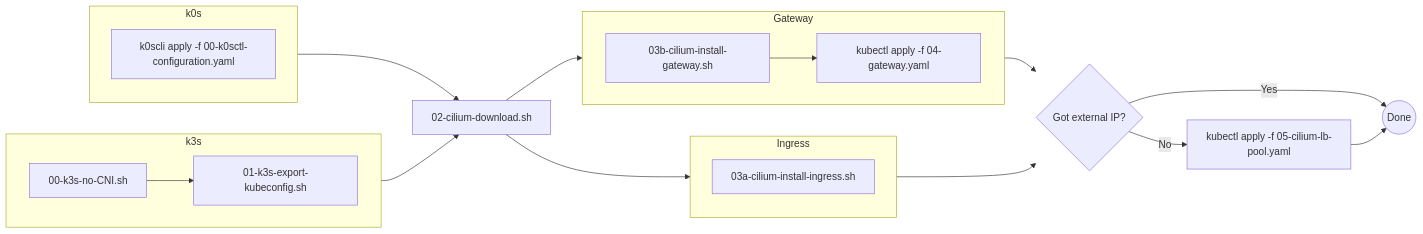
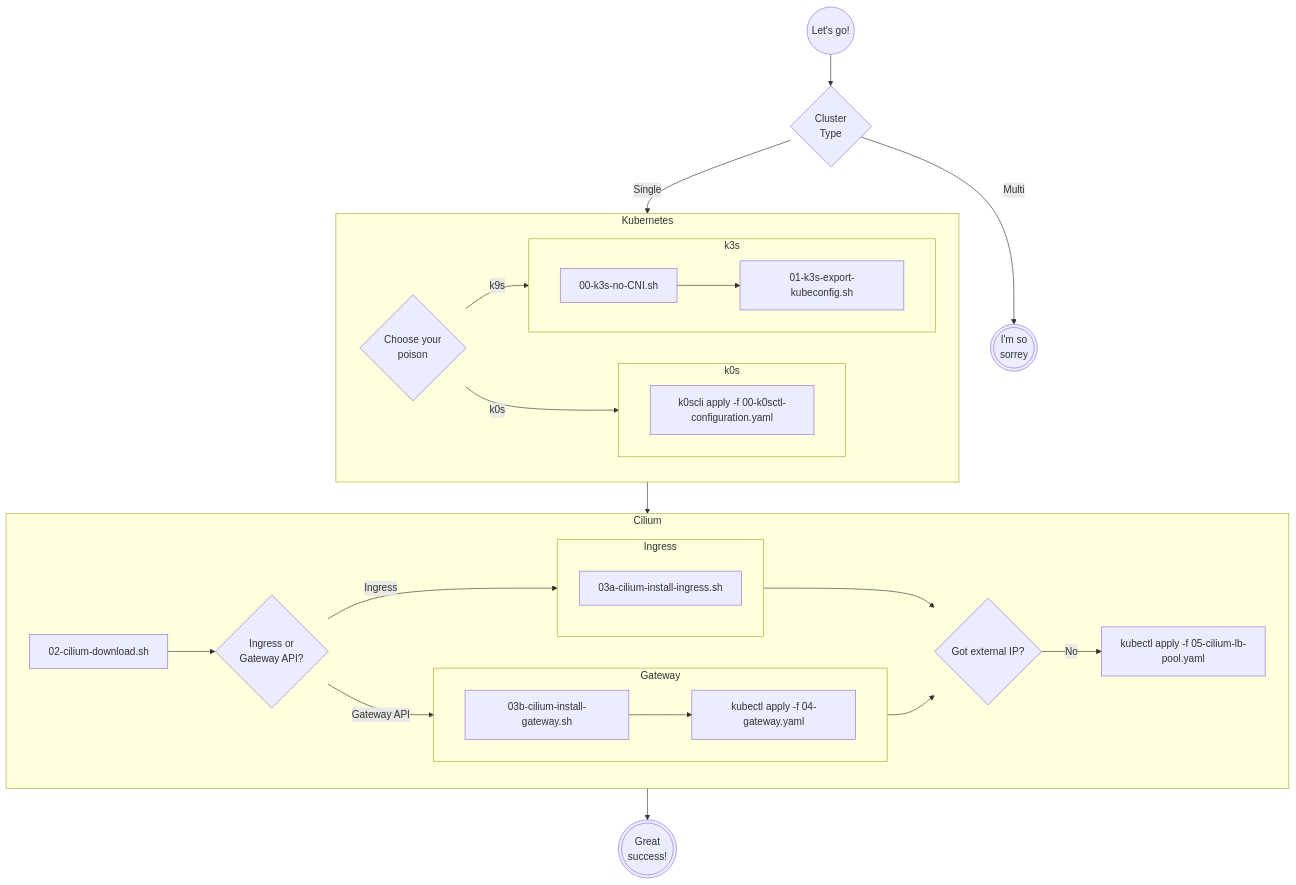
One commit to manfredbjorlin/kubernetes-setup changed the diagram in README.md. Above: the diagram before and after it, drawn with Mermaid. The commit also changed other lines of this file, not shown here.

````diff
--- a/README.md
+++ b/README.md
@@ -35,34 +35,51 @@
 ```mermaid
-flowchart LR
-subgraph A[k0s]
-  B[k0scli apply -f 00-k0sctl-configuration.yaml]
+flowchart TB
+LG((Let's go!))
+CT{Cluster<br>Type}
+LG-->CT
+Sorrey(((I'm so<br>sorrey)))
+CT-->|Single|Kubernetes
+CT-->|Multi|Sorrey
+subgraph Kubernetes
+  direction LR
+  Z{Choose your<br>poison}
+  Z-->|k0s|A
+  Z-->|k9s|C
+  subgraph A[k0s]
+    direction LR
+    B[k0scli apply -f 00-k0sctl-configuration.yaml]
+  end
+  subgraph C[k3s]
+    direction LR
+    D[00-k3s-no-CNI.sh]
+    E[01-k3s-export-kubeconfig.sh]
+    D-->E
+  end
 end
-subgraph C[k3s]
+subgraph X[Cilium]
   direction LR
-  D[00-k3s-no-CNI.sh]
-  E[01-k3s-export-kubeconfig.sh]
-  D-->E
+  F[02-cilium-download.sh]
+  CIG{Ingress or<br>Gateway API?}
+  subgraph K[Ingress]
+      G[03a-cilium-install-ingress.sh]
+    end
+    subgraph L[Gateway]
+      direction LR
+      M[03b-cilium-install-gateway.sh]
+      N[kubectl apply -f 04-gateway.yaml]
+      M-->N
+    end
+  F-->CIG
+  CIG-->|Ingress|K
+  CIG-->|Gateway API|L
+  H{Got external IP?}
+  K-->H
+  L-->H
+  H-->|No|I
+  I[kubectl apply -f 05-cilium-lb-pool.yaml]
 end
-F[02-cilium-download.sh]
-A-->F
-C-->F
-subgraph K[Ingress]
-  G[03a-cilium-install-ingress.sh]
-end
-subgraph L[Gateway]
-  direction LR
-  M[03b-cilium-install-gateway.sh]
-  N[kubectl apply -f 04-gateway.yaml]
-  M-->N
-end
-F-->L
-L-->H
-F-->K
-K-->H
-H{Got external IP?}
-I[kubectl apply -f 05-cilium-lb-pool.yaml]
-J((Done))
-H-->|No|I
-H-->|Yes|J
-I-->J
+  X-->J
+  Kubernetes-->X
+  
+J(((Great<br>success!)))
 ```
````
